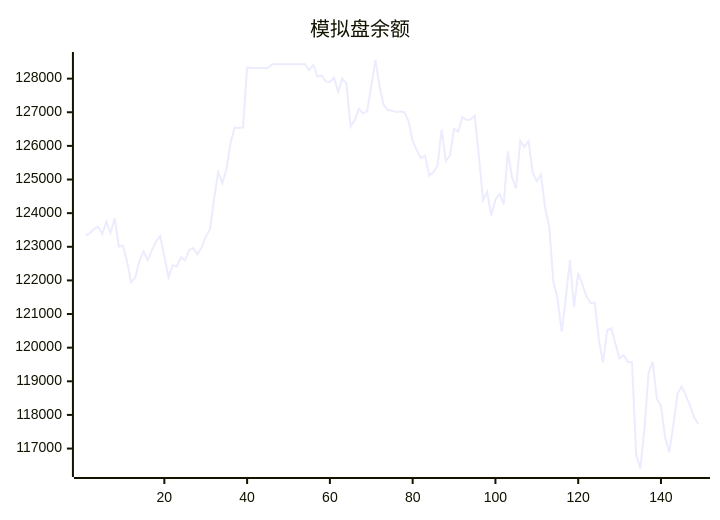
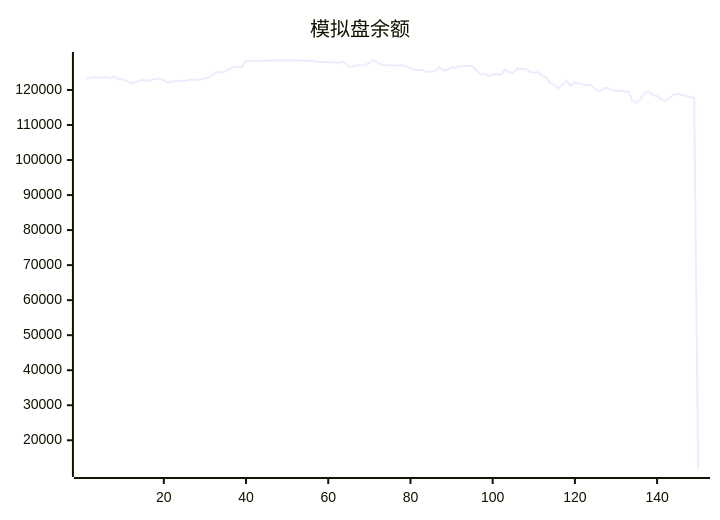
The diagram in README.md (aahl/ai-trading), drawn with Mermaid before and after one commit. The commit also changed other lines of this file and 1 other file, not shown here.

````diff
--- a/README.md
+++ b/README.md
@@ -5,5 +5,5 @@
 ```mermaid
 xychart
     title "模拟盘余额"
-    line [123338,123402,123530,123592,123378,123745,123413,123853,123009,123040,122557,121938,122095,122599,122856,122597,122898,123160,123319,122719,122087,122454,122416,122685,122592,122907,122961,122776,122981,123295,123507,124403,125224,124894,125303,126088,126544,126534,126549,128335,128318,128318,128318,128318,128318,128424,128424,128424,128424,128424,128424,128424,128424,128424,128247,128412,128062,128087,127917,127901,128026,127611,128000,127850,126572,126770,127100,126971,127029,127783,128554,127765,127224,127064,127044,127009,127025,127004,126738,126152,125871,125635,125707,125117,125217,125420,126480,125545,125715,126511,126424,126856,126764,126788,126890,125710,124381,124632,123936,124402,124574,124256,125833,125070,124739,126154,125966,126145,125213,124943,125143,124157,123604,121959,121476,120476,121470,122610,121201,122221,121889,121522,121332,121344,120232,119559,120513,120577,120108,119680,119777,119572,119568,116839,116392,117573,119250,119585,118469,118277,117338,116897,117706,118628,118849,118579,118280,117926,117735]
+    line [123338,123402,123530,123592,123378,123745,123413,123853,123009,123040,122557,121938,122095,122599,122856,122597,122898,123160,123319,122719,122087,122454,122416,122685,122592,122907,122961,122776,122981,123295,123507,124403,125224,124894,125303,126088,126544,126534,126549,128335,128318,128318,128318,128318,128318,128424,128424,128424,128424,128424,128424,128424,128424,128424,128247,128412,128062,128087,127917,127901,128026,127611,128000,127850,126572,126770,127100,126971,127029,127783,128554,127765,127224,127064,127044,127009,127025,127004,126738,126152,125871,125635,125707,125117,125217,125420,126480,125545,125715,126511,126424,126856,126764,126788,126890,125710,124381,124632,123936,124402,124574,124256,125833,125070,124739,126154,125966,126145,125213,124943,125143,124157,123604,121959,121476,120476,121470,122610,121201,122221,121889,121522,121332,121344,120232,119559,120513,120577,120108,119680,119777,119572,119568,116839,116392,117573,119250,119585,118469,118277,117338,116897,117706,118628,118849,118579,118280,117926,117735,11802]
 ```
````
